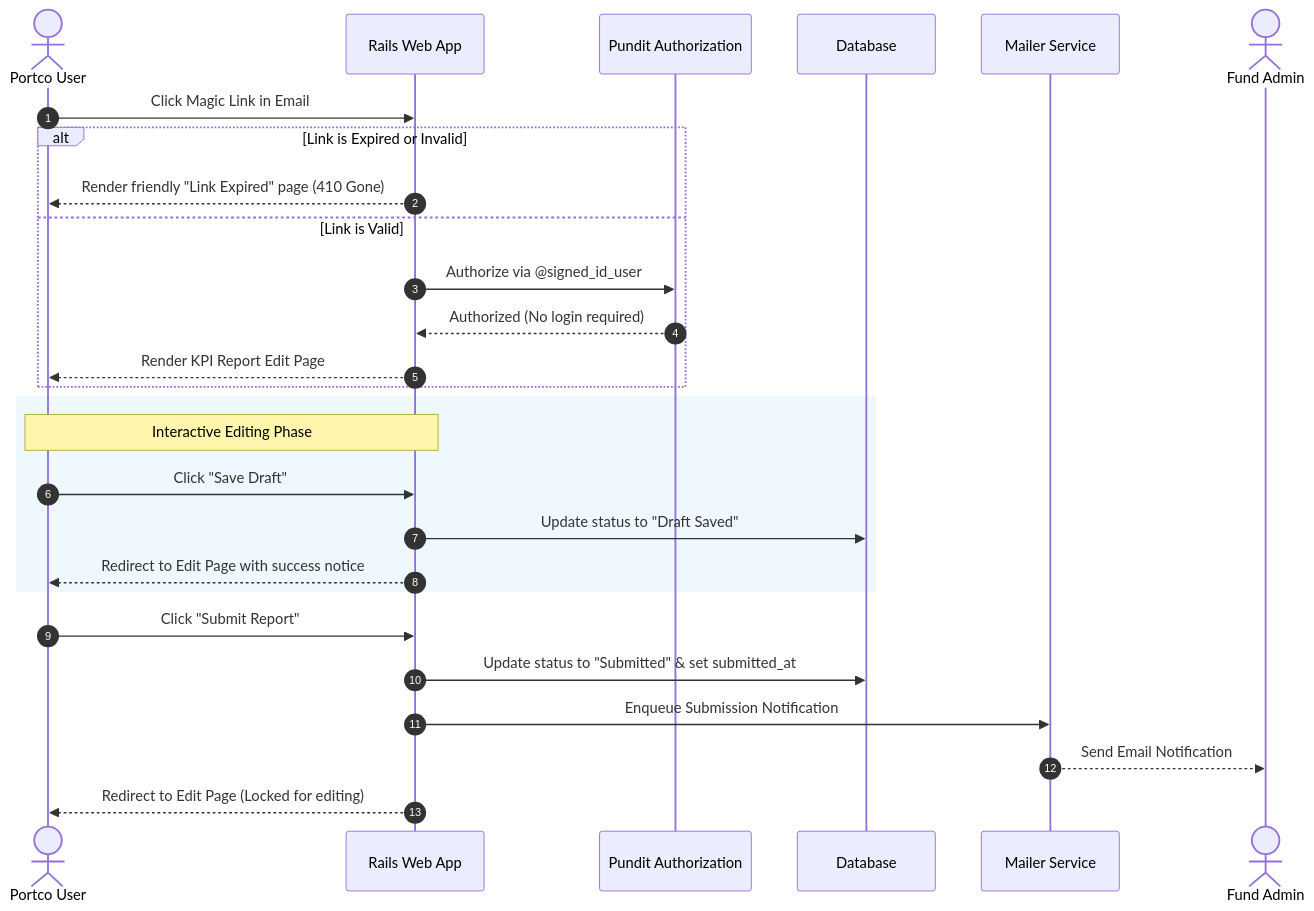
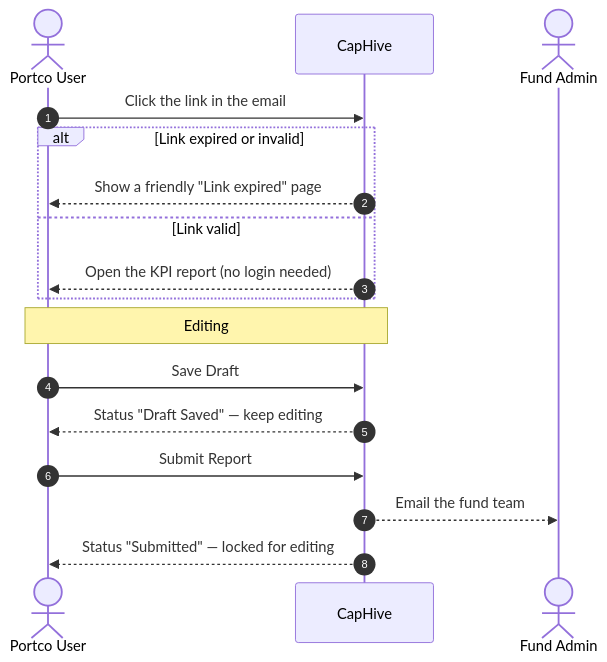
One commit to sampadadiwan/IRM_CompanyMain changed the second of 5 diagrams in docs/user_guides/kpi_upload_user_guide.md. Above: the diagram before and after it, drawn with Mermaid. The commit also changed other lines of this file and 21 other files, not shown here.

````diff
--- a/docs/user_guides/kpi_upload_user_guide.md
+++ b/docs/user_guides/kpi_upload_user_guide.md
@@ -86,32 +75,22 @@
 ```mermaid
 sequenceDiagram
     autonumber
     actor Portco as Portco User
-    participant Web as Rails Web App
-    participant Pundit as Pundit Authorization
-    participant DB as Database
-    participant Mail as Mailer Service
+    participant System as CapHive
     actor Admin as Fund Admin
 
-    Portco->>Web: Click Magic Link in Email
-    alt Link is Expired or Invalid
-        Web-->>Portco: Render friendly "Link Expired" page (410 Gone)
-    else Link is Valid
-        Web->>Pundit: Authorize via @signed_id_user
-        Pundit-->>Web: Authorized (No login required)
-        Web-->>Portco: Render KPI Report Edit Page
+    Portco->>System: Click the link in the email
+    alt Link expired or invalid
+        System-->>Portco: Show a friendly "Link expired" page
+    else Link valid
+        System-->>Portco: Open the KPI report (no login needed)
     end
 
-    rect rgb(240, 248, 255)
-        note over Portco, Web: Interactive Editing Phase
-        Portco->>Web: Click "Save Draft"
-        Web->>DB: Update status to "Draft Saved"
-        Web-->>Portco: Redirect to Edit Page with success notice
-    end
+    note over Portco, System: Editing
+    Portco->>System: Save Draft
+    System-->>Portco: Status "Draft Saved" — keep editing
 
-    Portco->>Web: Click "Submit Report"
-    Web->>DB: Update status to "Submitted" & set submitted_at
-    Web->>Mail: Enqueue Submission Notification
-    Mail-->>Admin: Send Email Notification
-    Web-->>Portco: Redirect to Edit Page (Locked for editing)
+    Portco->>System: Submit Report
+    System-->>Admin: Email the fund team
+    System-->>Portco: Status "Submitted" — locked for editing
 ```
````
